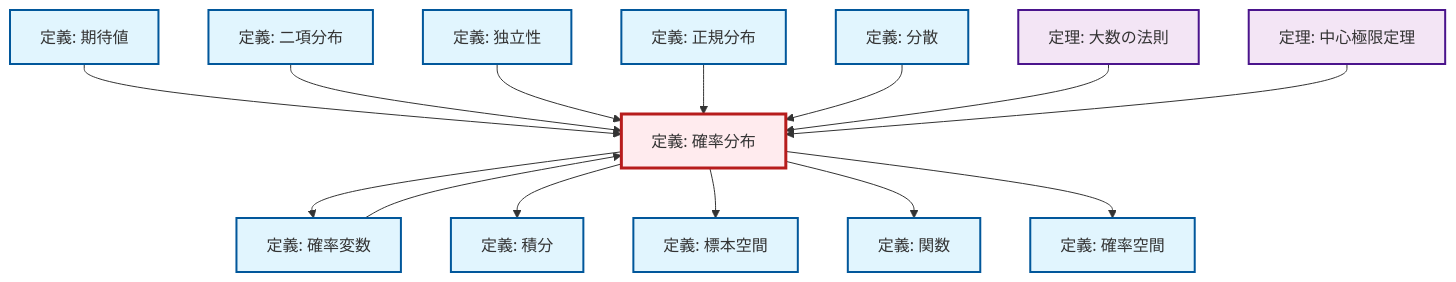
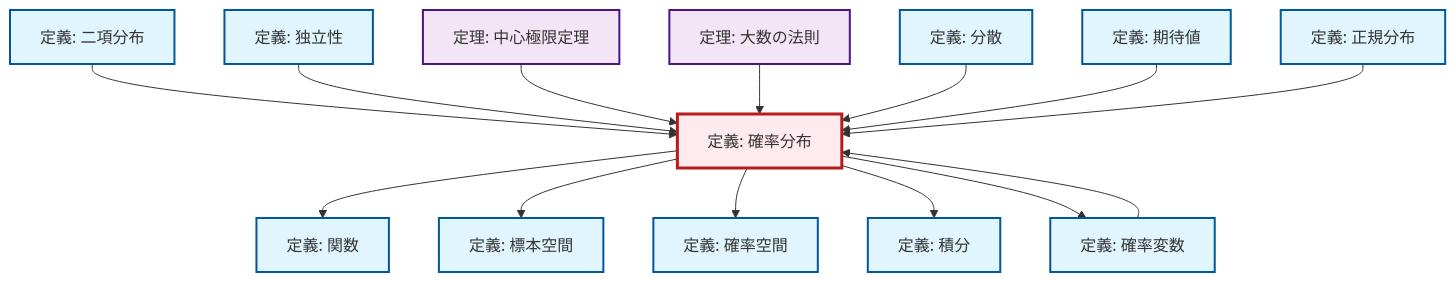
The diagram in output/mermaid/ja/def-probability-distribution.mermaid (RK0429/ModernMath), drawn with Mermaid before and after one commit. The commit also changed 3144 other files, not shown here.

```diff
--- a/output/mermaid/ja/def-probability-distribution.mermaid
+++ b/output/mermaid/ja/def-probability-distribution.mermaid
@@ -1,34 +1,33 @@
-%%| fig-cap: "Local dependency graph"
 graph TD
     classDef definition fill:#e1f5fe,stroke:#01579b,stroke-width:2px
     classDef theorem fill:#f3e5f5,stroke:#4a148c,stroke-width:2px
     classDef axiom fill:#fff3e0,stroke:#e65100,stroke-width:2px
     classDef example fill:#e8f5e9,stroke:#1b5e20,stroke-width:2px
     classDef current fill:#ffebee,stroke:#b71c1c,stroke-width:3px
+    def-integral["定義: 積分"]:::definition
+    def-binomial-distribution["定義: 二項分布"]:::definition
     def-probability-distribution["定義: 確率分布"]:::definition
+    thm-law-of-large-numbers["定理: 大数の法則"]:::theorem
+    def-probability-space["定義: 確率空間"]:::definition
     thm-central-limit["定理: 中心極限定理"]:::theorem
-    thm-law-of-large-numbers["定理: 大数の法則"]:::theorem
+    def-variance["定義: 分散"]:::definition
+    def-random-variable["定義: 確率変数"]:::definition
+    def-function["定義: 関数"]:::definition
     def-sample-space["定義: 標本空間"]:::definition
+    def-normal-distribution["定義: 正規分布"]:::definition
+    def-expectation["定義: 期待値"]:::definition
     def-independence["定義: 独立性"]:::definition
-    def-variance["定義: 分散"]:::definition
-    def-expectation["定義: 期待値"]:::definition
-    def-integral["定義: 積分"]:::definition
-    def-normal-distribution["定義: 正規分布"]:::definition
-    def-random-variable["定義: 確率変数"]:::definition
-    def-probability-space["定義: 確率空間"]:::definition
-    def-function["定義: 関数"]:::definition
-    def-binomial-distribution["定義: 二項分布"]:::definition
-    def-expectation --> def-probability-distribution
-    def-probability-distribution --> def-random-variable
+    def-probability-distribution --> def-function
     def-binomial-distribution --> def-probability-distribution
-    def-random-variable --> def-probability-distribution
     def-independence --> def-probability-distribution
-    def-normal-distribution --> def-probability-distribution
+    def-probability-distribution --> def-sample-space
+    thm-central-limit --> def-probability-distribution
+    thm-law-of-large-numbers --> def-probability-distribution
+    def-probability-distribution --> def-probability-space
     def-variance --> def-probability-distribution
     def-probability-distribution --> def-integral
-    def-probability-distribution --> def-sample-space
-    thm-law-of-large-numbers --> def-probability-distribution
-    def-probability-distribution --> def-function
-    def-probability-distribution --> def-probability-space
-    thm-central-limit --> def-probability-distribution
+    def-expectation --> def-probability-distribution
+    def-random-variable --> def-probability-distribution
+    def-probability-distribution --> def-random-variable
+    def-normal-distribution --> def-probability-distribution
     class def-probability-distribution current
```
